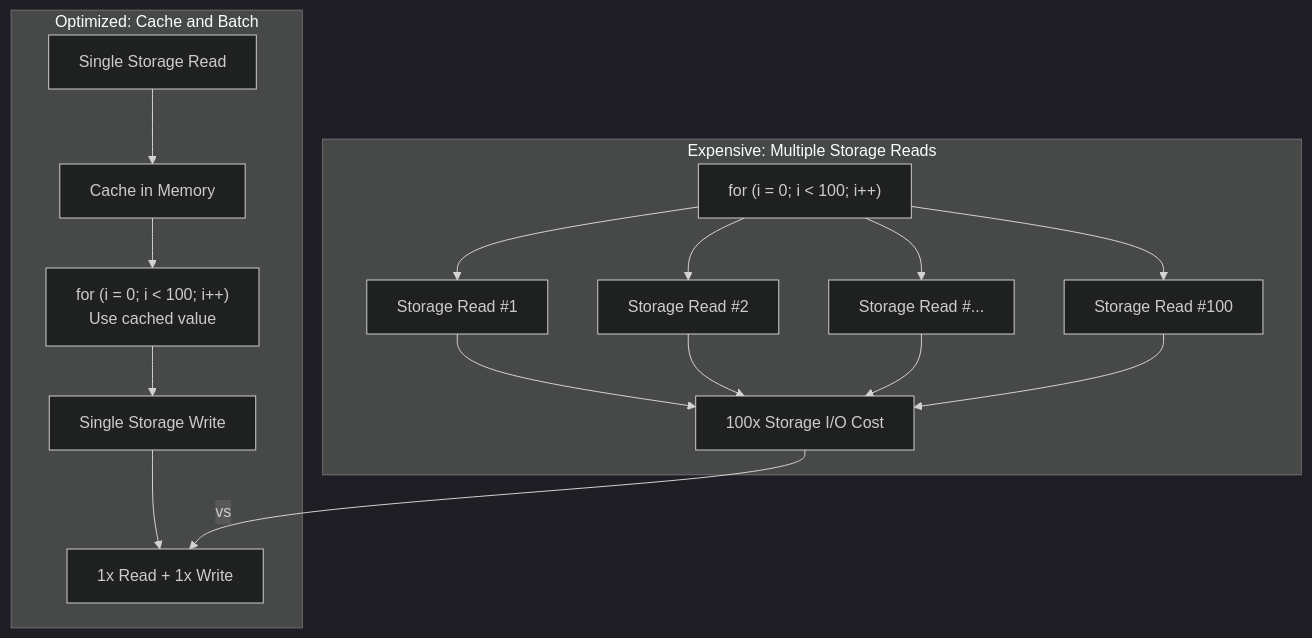
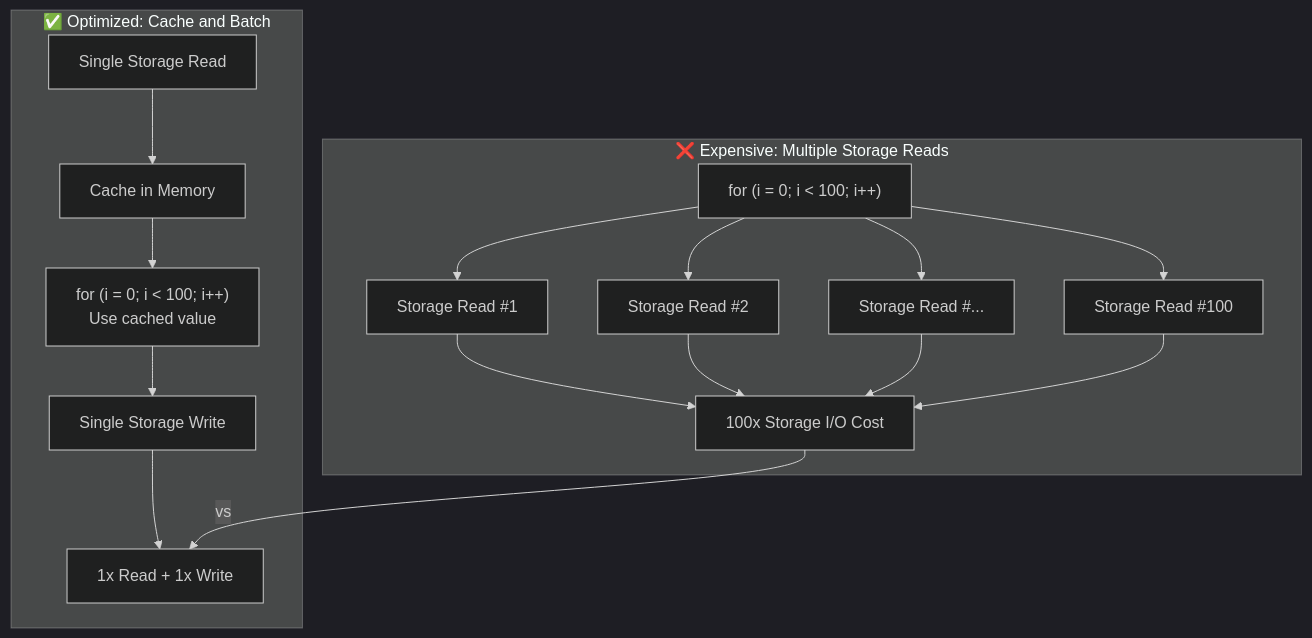
Before and after one commit to btc-vision/btc-runtime: the seventh of 8 diagrams in docs/core-concepts/storage-system.md, drawn with Mermaid (dark theme). The commit also changed other lines of this file, not shown here.

````diff
--- a/docs/core-concepts/storage-system.md
+++ b/docs/core-concepts/storage-system.md
@@ -778,24 +672,24 @@
 ```mermaid
 flowchart TD
-    subgraph Bad["Expensive: Multiple Storage Reads"]
+    subgraph Bad["❌ Expensive: Multiple Storage Reads"]
         LOOP1["for (i = 0; i < 100; i++)"]
         LOOP1 --> READ1["Storage Read #1"]
         LOOP1 --> READ2["Storage Read #2"]
         LOOP1 --> READ3["Storage Read #..."]
         LOOP1 --> READ100["Storage Read #100"]
         READ1 --> COST1["100x Storage I/O Cost"]
         READ2 --> COST1
         READ3 --> COST1
         READ100 --> COST1
     end
 
-    subgraph Good["Optimized: Cache and Batch"]
+    subgraph Good["✅ Optimized: Cache and Batch"]
         CACHE["Single Storage Read"]
         CACHE --> MEM["Cache in Memory"]
         MEM --> LOOP2["for (i = 0; i < 100; i++)<br/>Use cached value"]
         LOOP2 --> WRITE["Single Storage Write"]
         WRITE --> COST2["1x Read + 1x Write"]
     end
 
     COST1 -->|"vs"| COST2
 ```
````
